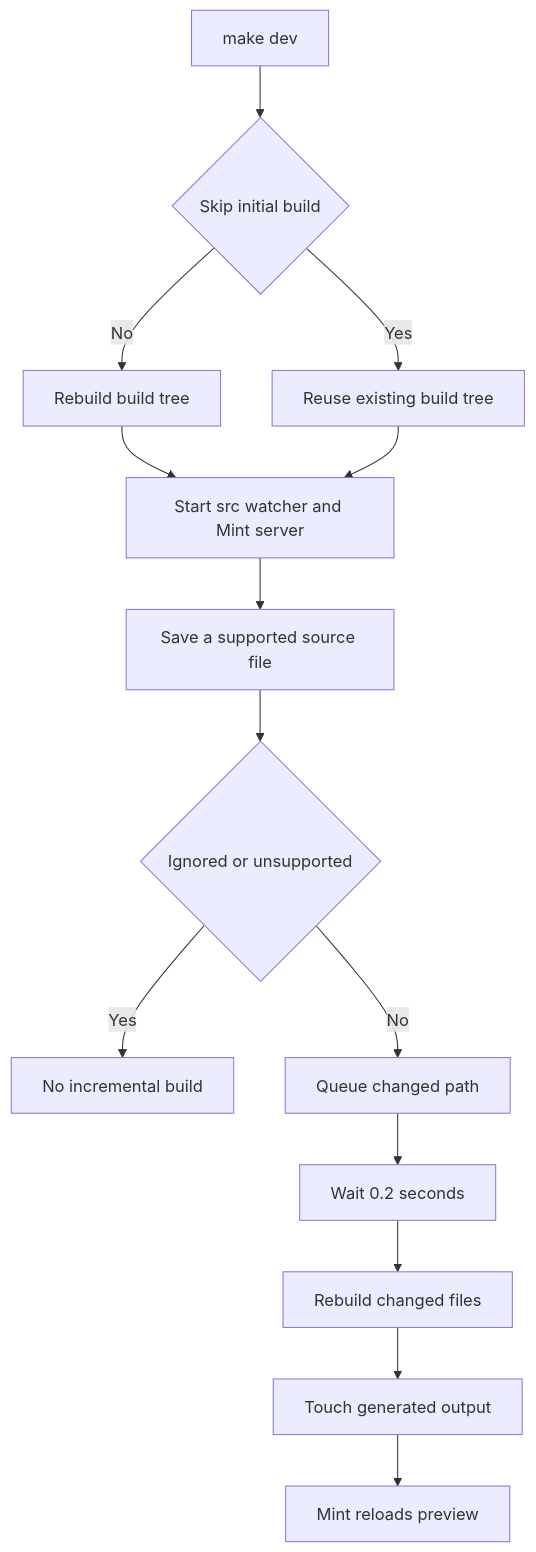
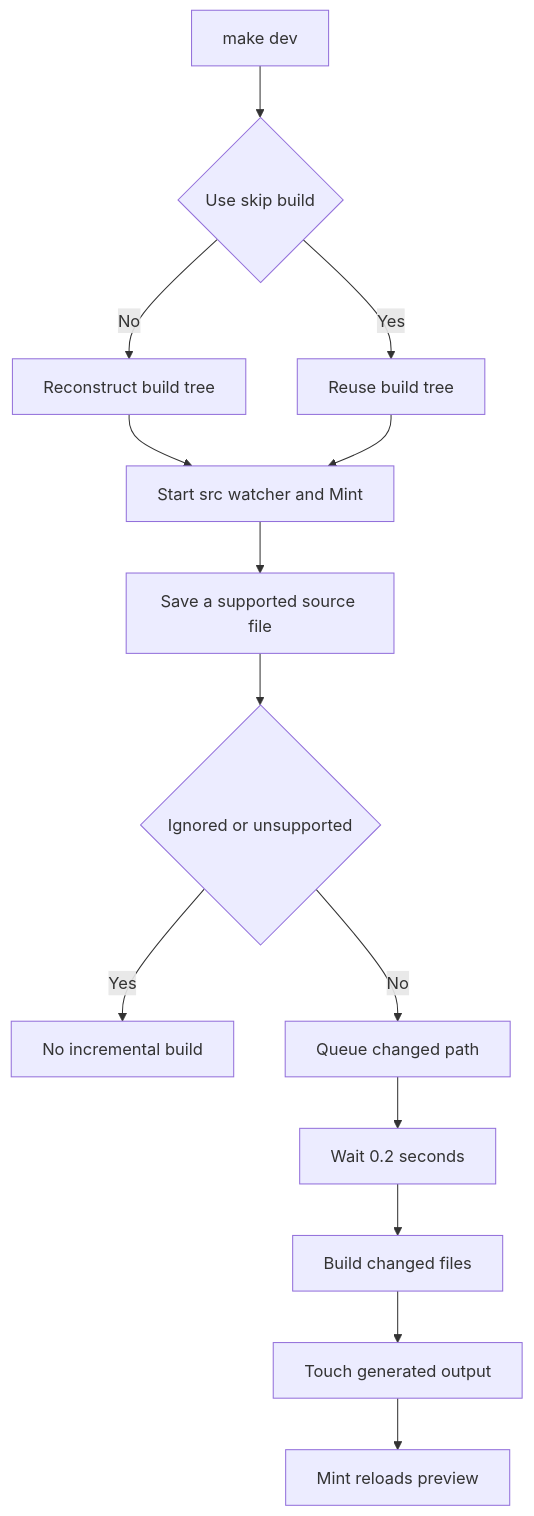
Before and after one commit to langchain-ai/docs: the diagram in openwiki/workflows/local-development.md, drawn with Mermaid. The commit also changed other lines of this file and 47 other files, not shown here.

````diff
--- a/openwiki/workflows/local-development.md
+++ b/openwiki/workflows/local-development.md
@@ -98,16 +82,16 @@
 ```mermaid
 flowchart TD
-  Start["make dev"] --> Choice{"Skip initial build"}
-  Choice -->|"No"| Full["Rebuild build tree"]
-  Choice -->|"Yes"| Reuse["Reuse existing build tree"]
-  Full --> Services["Start src watcher and Mint server"]
+  Start["make dev"] --> Choice{"Use skip build"}
+  Choice -->|"No"| Full["Reconstruct build tree"]
+  Choice -->|"Yes"| Reuse["Reuse build tree"]
+  Full --> Services["Start src watcher and Mint"]
   Reuse --> Services
   Services --> Save["Save a supported source file"]
   Save --> Filter{"Ignored or unsupported"}
   Filter -->|"Yes"| Ignore["No incremental build"]
   Filter -->|"No"| Queue["Queue changed path"]
   Queue --> Delay["Wait 0.2 seconds"]
-  Delay --> Incremental["Rebuild changed files"]
+  Delay --> Incremental["Build changed files"]
   Incremental --> Touch["Touch generated output"]
   Touch --> Reload["Mint reloads preview"]
 ```
````
